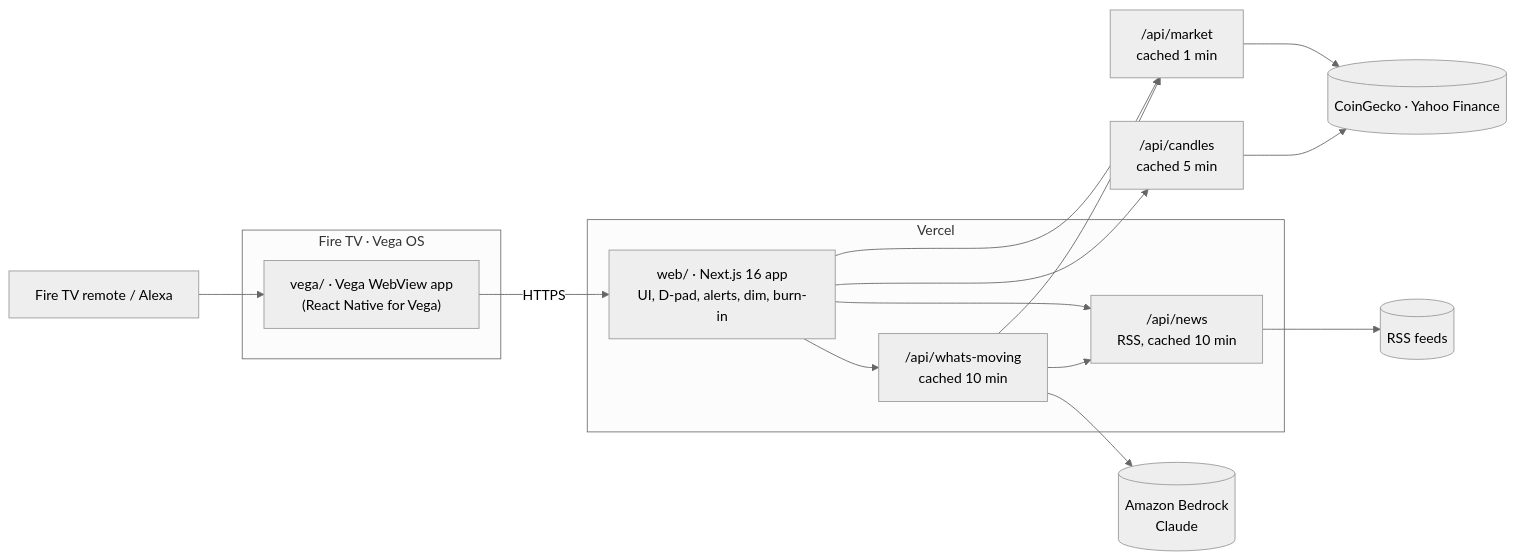
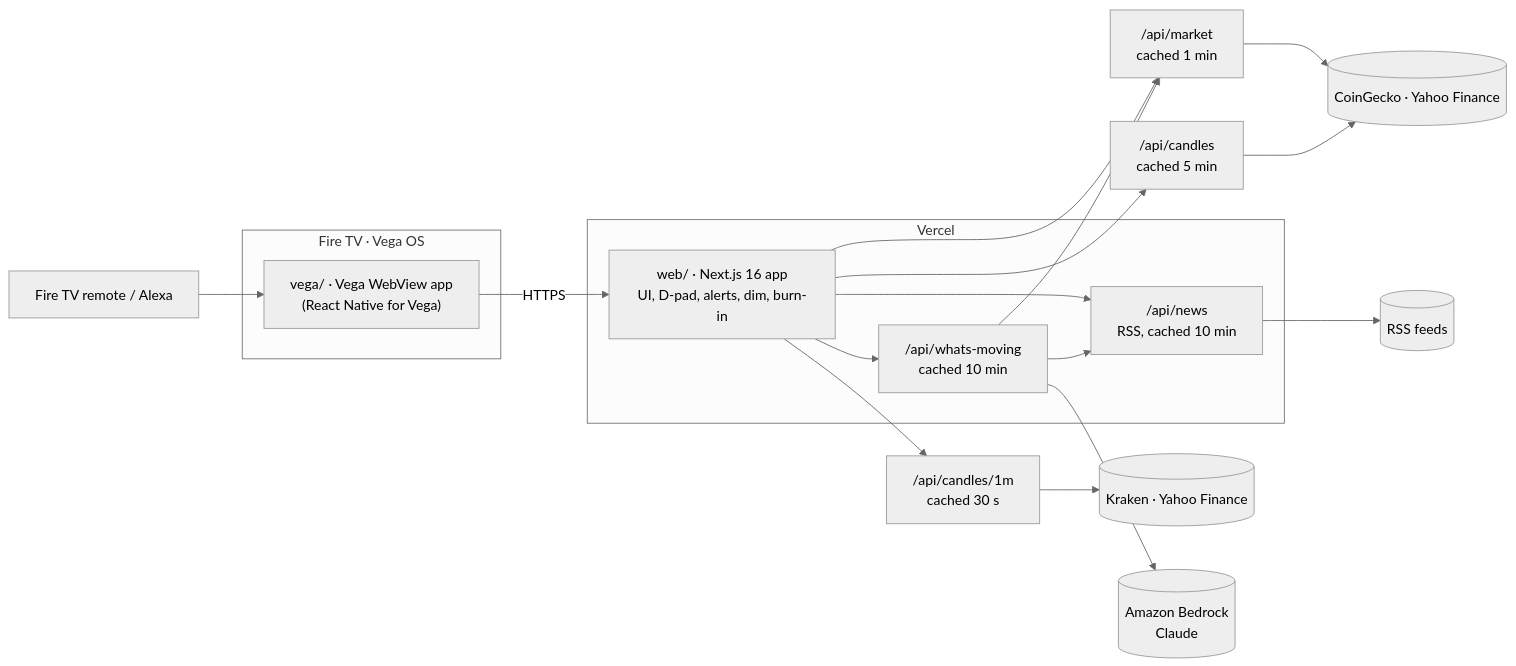
The diagram in README.md (rosasmar/charts-tv), drawn with Mermaid (neutral theme) before and after one commit. The commit also changed other lines of this file and 14 other files, not shown here.

First line of the commit message:
Let viewers switch the chart to 1-minute candles (#23)

````diff
--- a/README.md
+++ b/README.md
@@ -57,19 +57,20 @@
 ```mermaid
 flowchart LR
   remote[Fire TV remote / Alexa] --> vega
   subgraph TV[Fire TV · Vega OS]
     vega["vega/ · Vega WebView app<br/>(React Native for Vega)"]
   end
   vega -- HTTPS --> web
   subgraph Vercel
     web["web/ · Next.js 16 app<br/>UI, D-pad, alerts, dim, burn-in"]
     news["/api/news<br/>RSS, cached 10 min"]
     wm["/api/whats-moving<br/>cached 10 min"]
   end
   web --> market["/api/market<br/>cached 1 min"] --> prices[(CoinGecko · Yahoo Finance)]
   web --> candles["/api/candles<br/>cached 5 min"] --> prices
+  web --> minute["/api/candles/1m<br/>cached 30 s"] --> minuteSources[(Kraken · Yahoo Finance)]
   web --> news --> feeds[(RSS feeds)]
   web --> wm --> bedrock[(Amazon Bedrock<br/>Claude)]
   wm --> news
   wm --> market
 ```
````
